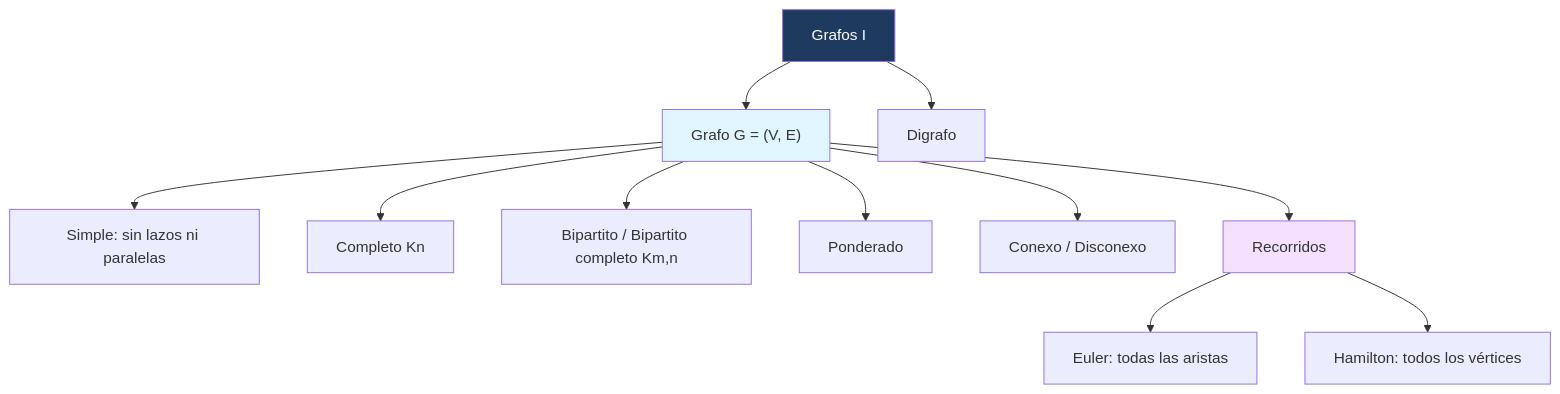
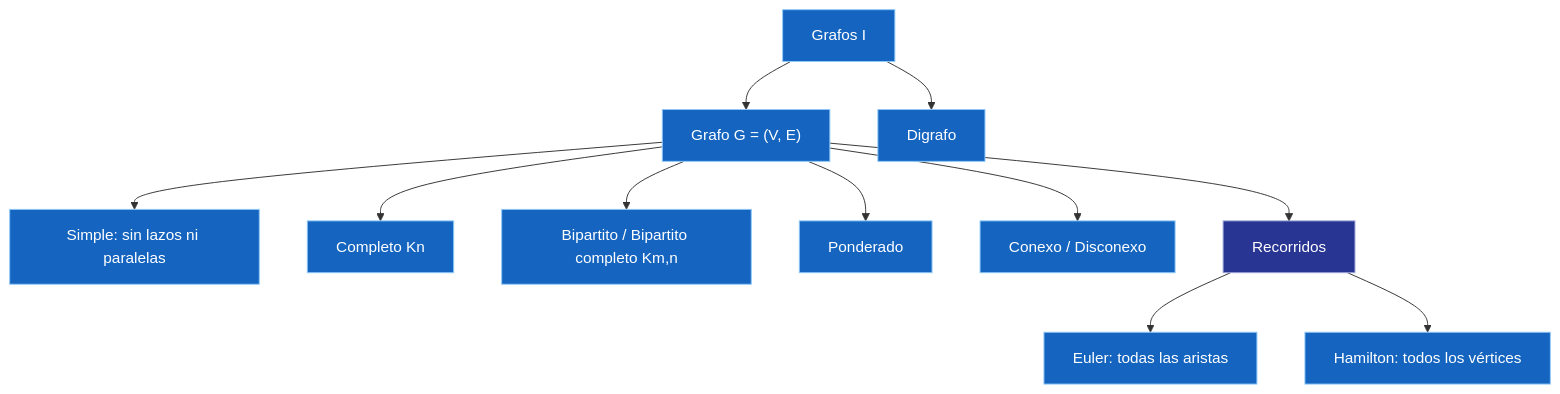
The second of 2 diagrams in src/site/notes/Universidad/3er Semestre/Matemáticas Discretas/Unidad 5 - Grafos y Árboles/01 - Grafos I - Conceptos Básicos y Recorridos.md (Fsteven22/Notas-ESPOL), drawn with Mermaid before and after one commit. The commit also changed other lines of this file and 79 other files, not shown here.

````diff
--- a/src/site/notes/Universidad/3er Semestre/Matemáticas Discretas/Unidad 5 - Grafos y Árboles/01 - Grafos I - Conceptos Básicos y Recorridos.md
+++ b/src/site/notes/Universidad/3er Semestre/Matemáticas Discretas/Unidad 5 - Grafos y Árboles/01 - Grafos I - Conceptos Básicos y Recorridos.md
@@ -352,17 +388,25 @@
 ```mermaid
 graph TD
     A["Grafos I"] --> B["Grafo G = (V, E)"]
     A --> C["Digrafo"]
     B --> D["Simple: sin lazos ni paralelas"]
     B --> E["Completo Kn"]
     B --> F["Bipartito / Bipartito completo Km,n"]
     B --> G["Ponderado"]
     B --> H["Conexo / Disconexo"]
     B --> I["Recorridos"]
     I --> J["Euler: todas las aristas"]
     I --> K["Hamilton: todos los vértices"]
+    style A fill:#1565C0,color:#FFFFFF,stroke:#90CAF9,stroke-width:1px
+    style B fill:#1565C0,color:#FFFFFF,stroke:#90CAF9,stroke-width:1px
+    style C fill:#1565C0,color:#FFFFFF,stroke:#90CAF9,stroke-width:1px
+    style D fill:#1565C0,color:#FFFFFF,stroke:#90CAF9,stroke-width:1px
+    style E fill:#1565C0,color:#FFFFFF,stroke:#90CAF9,stroke-width:1px
+    style F fill:#1565C0,color:#FFFFFF,stroke:#90CAF9,stroke-width:1px
+    style G fill:#1565C0,color:#FFFFFF,stroke:#90CAF9,stroke-width:1px
+    style H fill:#1565C0,color:#FFFFFF,stroke:#90CAF9,stroke-width:1px
+    style I fill:#283593,color:#FFFFFF,stroke:#9FA8DA,stroke-width:1px
+    style J fill:#1565C0,color:#FFFFFF,stroke:#90CAF9,stroke-width:1px
+    style K fill:#1565C0,color:#FFFFFF,stroke:#90CAF9,stroke-width:1px
 
-    style A fill:#1e3a5f,color:#fff
-    style B fill:#e1f5ff
-    style I fill:#f5e1ff
 ```
````
